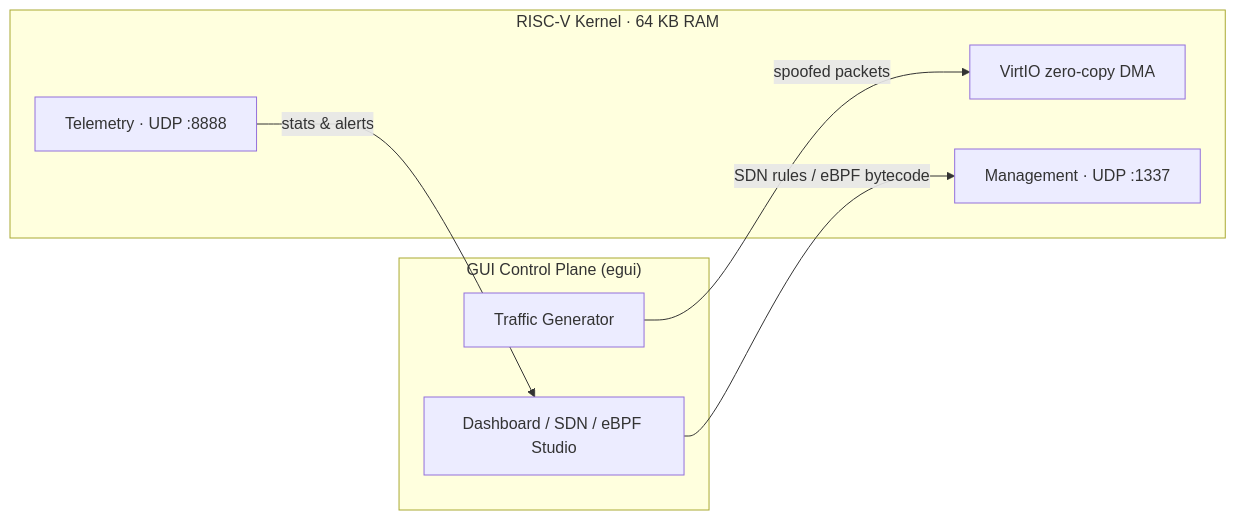
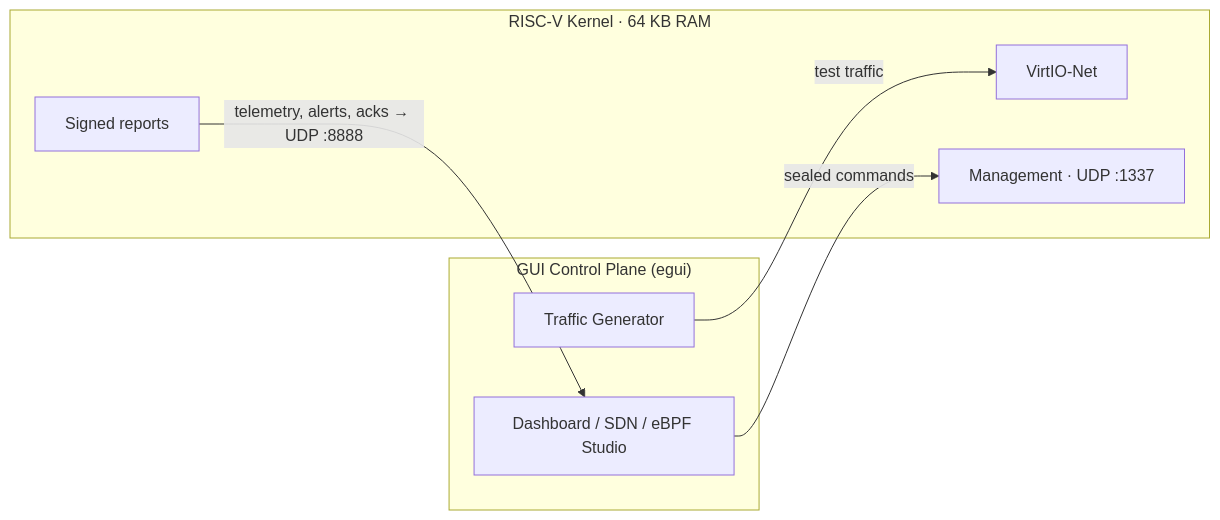
Before and after one commit to willmccallion/riscv-security-unikernel: the first of 2 diagrams in README.md, drawn with Mermaid. The commit also changed other lines of this file, not shown here.

````diff
--- a/README.md
+++ b/README.md
@@ -5,17 +7,17 @@
 ```mermaid
 graph LR
     subgraph GUI["GUI Control Plane (egui)"]
         TG[Traffic Generator]
         CP[Dashboard / SDN / eBPF Studio]
     end
 
     subgraph Kernel["RISC-V Kernel · 64 KB RAM"]
-        RX[VirtIO zero-copy DMA]
-        TLM[Telemetry · UDP :8888]
+        RX[VirtIO-Net]
         MGT[Management · UDP :1337]
+        REP[Signed reports]
     end
 
-    TLM -->|stats & alerts| CP
-    CP -->|SDN rules / eBPF bytecode| MGT
-    TG -->|spoofed packets| RX
+    REP -->|telemetry, alerts, acks → UDP :8888| CP
+    CP -->|sealed commands| MGT
+    TG -->|test traffic| RX
 ```
````
